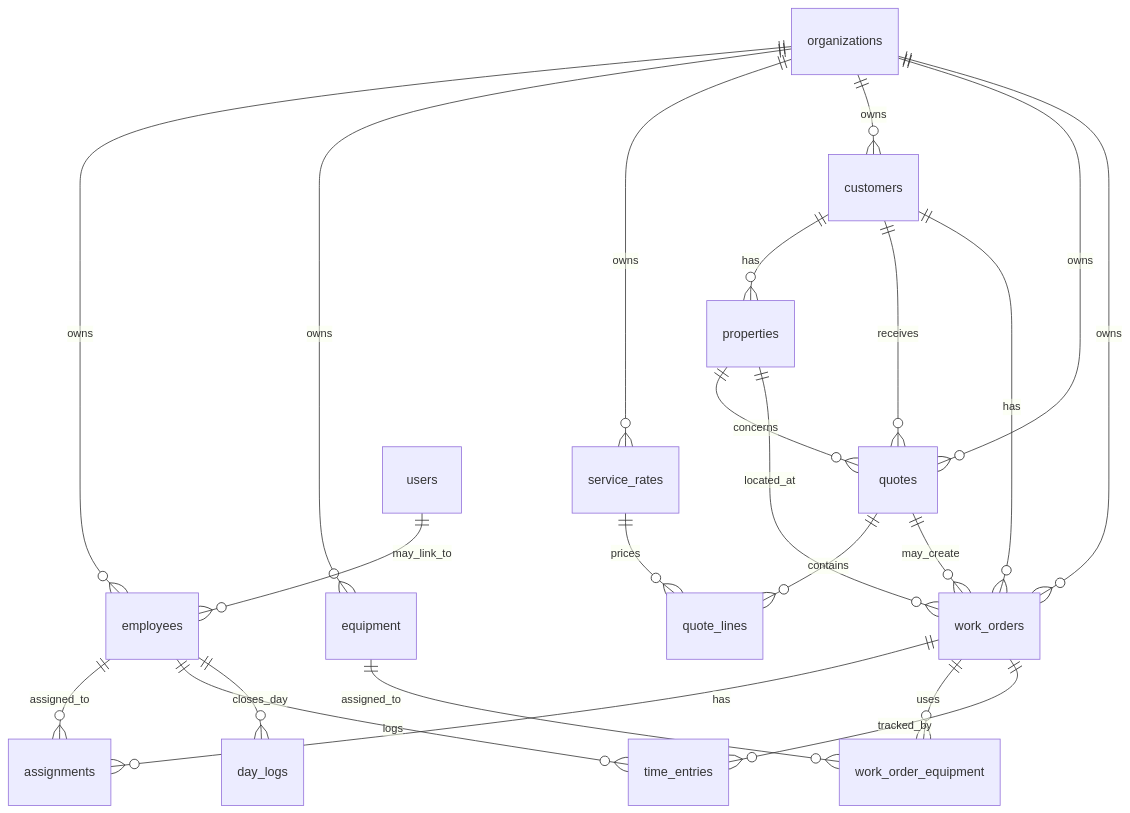
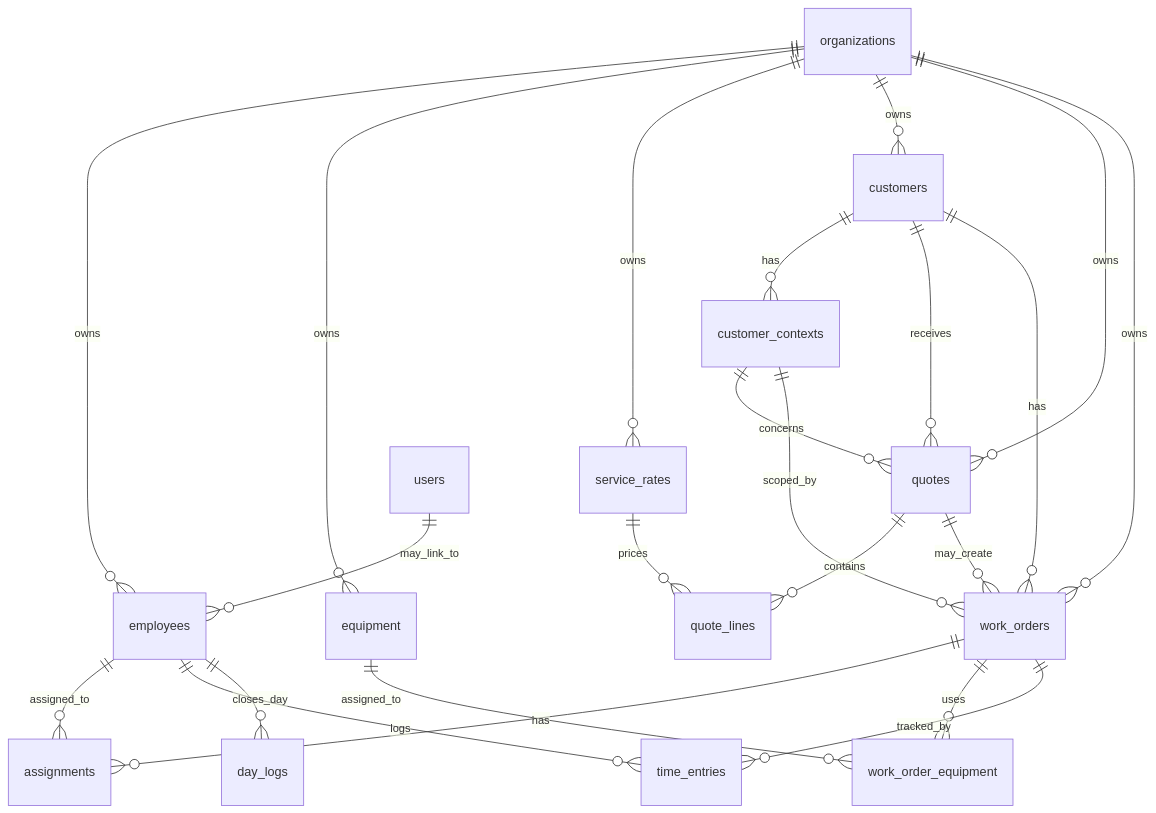
The diagram in docs/adr/0001-mvp-data-model.md (ferrislabs/mestier), drawn with Mermaid before and after one commit. The commit also changed other lines of this file and 61 other files, not shown here.

Commit message:
refactor(api): rename properties to customer contexts

````diff
--- a/docs/adr/0001-mvp-data-model.md
+++ b/docs/adr/0001-mvp-data-model.md
@@ -160,33 +160,33 @@
 ```mermaid
 erDiagram
     organizations ||--o{ employees : owns
     organizations ||--o{ equipment : owns
     organizations ||--o{ service_rates : owns
     organizations ||--o{ customers : owns
     organizations ||--o{ quotes : owns
     organizations ||--o{ work_orders : owns
 
     users ||--o{ employees : may_link_to
 
-    customers ||--o{ properties : has
+    customers ||--o{ customer_contexts : has
     customers ||--o{ quotes : receives
-    properties ||--o{ quotes : concerns
+    customer_contexts ||--o{ quotes : concerns
 
     quotes ||--o{ quote_lines : contains
     service_rates ||--o{ quote_lines : prices
 
     customers ||--o{ work_orders : has
-    properties ||--o{ work_orders : located_at
+    customer_contexts ||--o{ work_orders : scoped_by
     quotes ||--o{ work_orders : may_create
 
     work_orders ||--o{ assignments : has
     employees ||--o{ assignments : assigned_to
 
     work_orders ||--o{ work_order_equipment : uses
     equipment ||--o{ work_order_equipment : assigned_to
 
     work_orders ||--o{ time_entries : tracked_by
     employees ||--o{ time_entries : logs
 
     employees ||--o{ day_logs : closes_day
 ```
````
